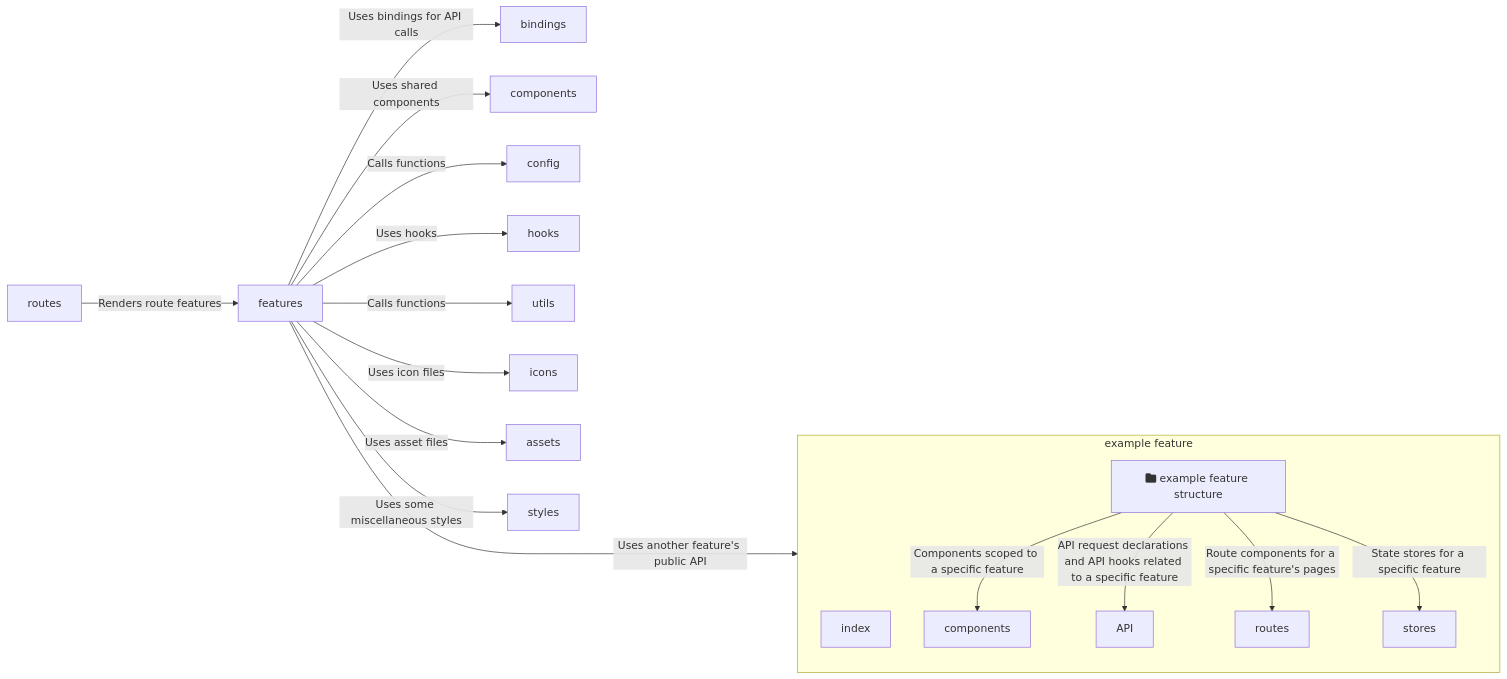
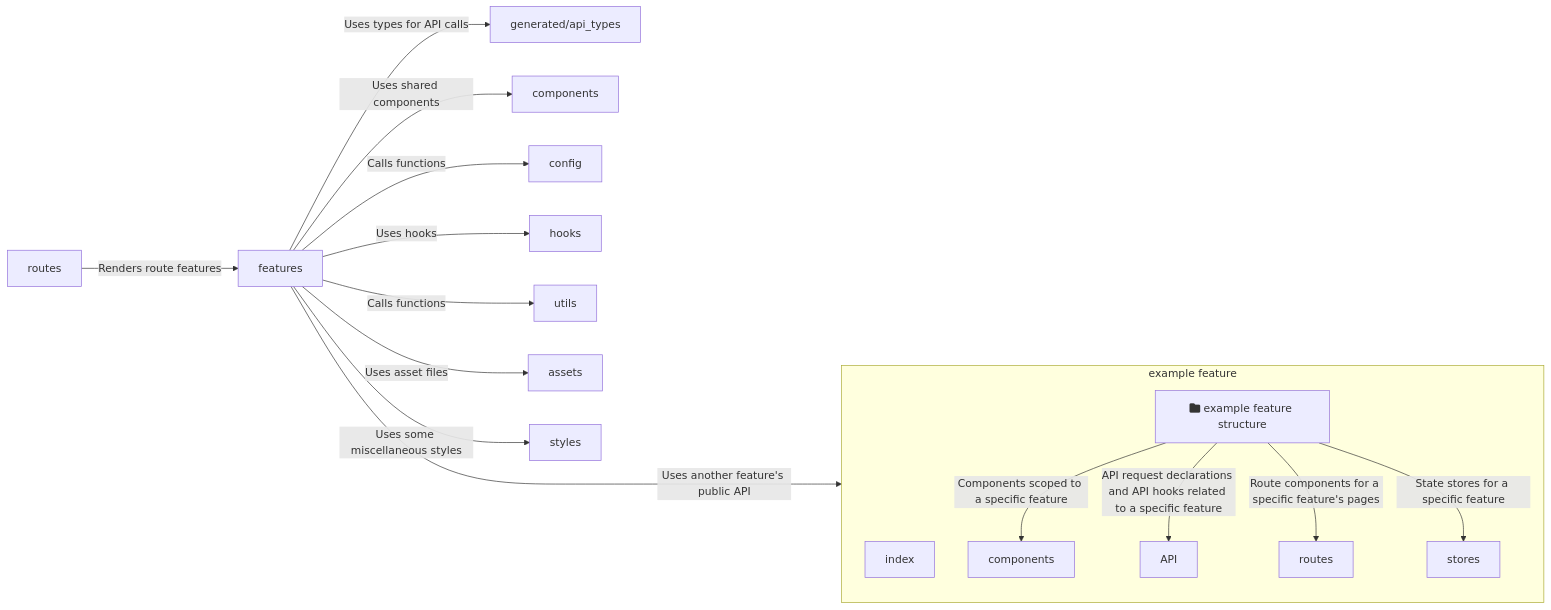
The diagram in doc/architecture/frontend.md (ElektraInitiative/PermaplanT), drawn with Mermaid before and after one commit. The commit also changed other lines of this file, not shown here.

````diff
--- a/doc/architecture/frontend.md
+++ b/doc/architecture/frontend.md
@@ -18,21 +19,20 @@
 ```mermaid
 flowchart LR
   routes --> |Renders route features| features
-  features -->|Uses bindings for API calls| bindings
+  features -->|Uses types for API calls| generated/api_types
   features -->|Uses shared components| components
   features -->|Calls functions| config
   features -->|Uses hooks| hooks
   features -->|Calls functions| utils
-  features -->|Uses icon files| icons
   features -->|Uses asset files| assets
   features -->|Uses some miscellaneous styles| styles
   features ---->|Uses another feature's public API| i
     subgraph f[example feature]
       direction TB
       i[index]
       e[fa:fa-folder example feature structure] --> |Components scoped to a specific feature| c[components]
       e -->|API request declarations and API hooks related to a specific feature| a[API]
       e -->|Route components for a specific feature's pages| r[routes]
       e -->|State stores for a specific feature| s[stores]
     end
 ```
````
